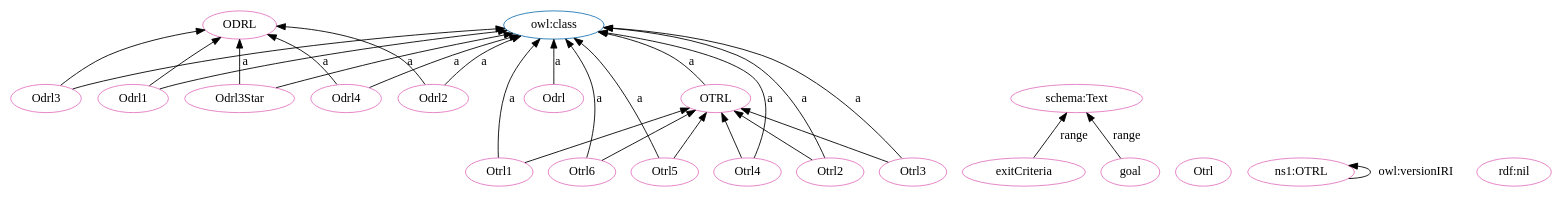
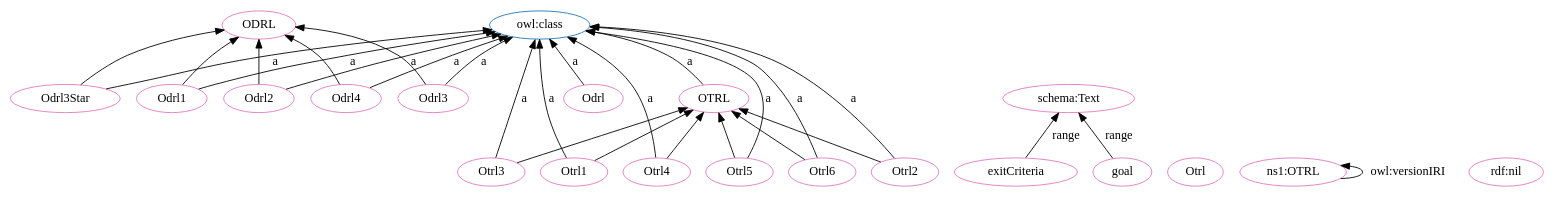
Before and after one commit to OPEN-NEXT/OKH-LOSH: the diagram in OTRL-clean.dot, drawn with Graphviz. The commit also changed other lines of this file and 16 other files, not shown here.

```diff
--- a/OTRL-clean.dot
+++ b/OTRL-clean.dot
@@ -1,54 +1,54 @@
 digraph G {
   rankdir=BT
   node[height=.3]
+"http://purl.org/oseg/ontologies/OTRL#OTRL" [fillcolor="#1f77b4" color="#1f77b4" label="OTRL"]
 "http://purl.org/oseg/ontologies/OTRL#ODRL" [fillcolor="#1f77b4" color="#1f77b4" label="ODRL"]
 "http://www.w3.org/2002/07/owl#class" [fillcolor="#1f77b4" color="#1f77b4" label="owl:class"]
-"http://purl.org/oseg/ontologies/OTRL#OTRL" [fillcolor="#1f77b4" color="#1f77b4" label="OTRL"]
+"http://purl.org/oseg/ontologies/OTRL#ODRL" [fillcolor="#e377c2" color="#e377c2" label="ODRL"]
 "http://purl.org/oseg/ontologies/OTRL#Odrl" [fillcolor="#e377c2" color="#e377c2" label="Odrl"]
-"http://purl.org/oseg/ontologies/OTRL#ODRL" [fillcolor="#e377c2" color="#e377c2" label="ODRL"]
-"http://purl.org/oseg/ontologies/OTRL#Odrl3" [fillcolor="#e377c2" color="#e377c2" label="Odrl3"]
+"http://purl.org/oseg/ontologies/OTRL#OTRL" [fillcolor="#e377c2" color="#e377c2" label="OTRL"]
+"http://purl.org/oseg/ontologies/OTRL#Otrl3" [fillcolor="#e377c2" color="#e377c2" label="Otrl3"]
 "http://purl.org/oseg/ontologies/OTRL#exitCriteria" [fillcolor="#e377c2" color="#e377c2" label="exitCriteria"]
+"http://purl.org/oseg/ontologies/OTRL#Otrl" [fillcolor="#e377c2" color="#e377c2" label="Otrl"]
+"http://purl.org/oseg/ontologies/OTRL" [fillcolor="#e377c2" color="#e377c2" label="ns1:OTRL"]
+"http://purl.org/oseg/ontologies/OTRL#Odrl1" [fillcolor="#e377c2" color="#e377c2" label="Odrl1"]
 "http://schema.org/Text" [fillcolor="#e377c2" color="#e377c2" label="schema:Text"]
-"http://purl.org/oseg/ontologies/OTRL#Odrl1" [fillcolor="#e377c2" color="#e377c2" label="Odrl1"]
-"http://purl.org/oseg/ontologies/OTRL#OTRL" [fillcolor="#e377c2" color="#e377c2" label="OTRL"]
+"http://purl.org/oseg/ontologies/OTRL#Odrl2" [fillcolor="#e377c2" color="#e377c2" label="Odrl2"]
 "http://purl.org/oseg/ontologies/OTRL#Otrl1" [fillcolor="#e377c2" color="#e377c2" label="Otrl1"]
-"http://purl.org/oseg/ontologies/OTRL#Otrl" [fillcolor="#e377c2" color="#e377c2" label="Otrl"]
 "http://purl.org/oseg/ontologies/OTRL#Otrl6" [fillcolor="#e377c2" color="#e377c2" label="Otrl6"]
-"http://purl.org/oseg/ontologies/OTRL" [fillcolor="#e377c2" color="#e377c2" label="ns1:OTRL"]
 "http://purl.org/oseg/ontologies/OTRL#Otrl5" [fillcolor="#e377c2" color="#e377c2" label="Otrl5"]
-"http://purl.org/oseg/ontologies/OTRL#Otrl4" [fillcolor="#e377c2" color="#e377c2" label="Otrl4"]
 "http://purl.org/oseg/ontologies/OTRL#Otrl2" [fillcolor="#e377c2" color="#e377c2" label="Otrl2"]
-"http://purl.org/oseg/ontologies/OTRL#Otrl3" [fillcolor="#e377c2" color="#e377c2" label="Otrl3"]
-"http://purl.org/oseg/ontologies/OTRL#Odrl3Star" [fillcolor="#e377c2" color="#e377c2" label="Odrl3Star"]
-"http://purl.org/oseg/ontologies/OTRL#Odrl4" [fillcolor="#e377c2" color="#e377c2" label="Odrl4"]
 "http://purl.org/oseg/ontologies/OTRL#goal" [fillcolor="#e377c2" color="#e377c2" label="goal"]
 "http://www.w3.org/1999/02/22-rdf-syntax-ns#nil" [fillcolor="#e377c2" color="#e377c2" label="rdf:nil"]
-"http://purl.org/oseg/ontologies/OTRL#Odrl2" [fillcolor="#e377c2" color="#e377c2" label="Odrl2"]
+"http://purl.org/oseg/ontologies/OTRL#Odrl4" [fillcolor="#e377c2" color="#e377c2" label="Odrl4"]
+"http://purl.org/oseg/ontologies/OTRL#Otrl4" [fillcolor="#e377c2" color="#e377c2" label="Otrl4"]
+"http://purl.org/oseg/ontologies/OTRL#Odrl3Star" [fillcolor="#e377c2" color="#e377c2" label="Odrl3Star"]
+"http://purl.org/oseg/ontologies/OTRL#Odrl3" [fillcolor="#e377c2" color="#e377c2" label="Odrl3"]
+  "http://purl.org/oseg/ontologies/OTRL#Otrl3" -> "http://www.w3.org/2002/07/owl#class" [label="a"]
+  "http://purl.org/oseg/ontologies/OTRL#Otrl5" -> "http://purl.org/oseg/ontologies/OTRL#OTRL" [label=""]
+  "http://purl.org/oseg/ontologies/OTRL#goal" -> "http://schema.org/Text" [label="range"]
+  "http://purl.org/oseg/ontologies/OTRL#Odrl2" -> "http://www.w3.org/2002/07/owl#class" [label="a"]
+  "http://purl.org/oseg/ontologies/OTRL#Otrl1" -> "http://www.w3.org/2002/07/owl#class" [label="a"]
+  "http://purl.org/oseg/ontologies/OTRL#Odrl" -> "http://www.w3.org/2002/07/owl#class" [label="a"]
+  "http://purl.org/oseg/ontologies/OTRL#Otrl4" -> "http://purl.org/oseg/ontologies/OTRL#OTRL" [label=""]
+  "http://purl.org/oseg/ontologies/OTRL#Otrl6" -> "http://purl.org/oseg/ontologies/OTRL#OTRL" [label=""]
+  "http://purl.org/oseg/ontologies/OTRL#Otrl2" -> "http://purl.org/oseg/ontologies/OTRL#OTRL" [label=""]
+  "http://purl.org/oseg/ontologies/OTRL#Odrl3" -> "http://www.w3.org/2002/07/owl#class" [label="a"]
+  "http://purl.org/oseg/ontologies/OTRL#Odrl4" -> "http://purl.org/oseg/ontologies/OTRL#ODRL" [label=""]
+  "http://purl.org/oseg/ontologies/OTRL#OTRL" -> "http://www.w3.org/2002/07/owl#class" [label="a"]
   "http://purl.org/oseg/ontologies/OTRL#Odrl3" -> "http://purl.org/oseg/ontologies/OTRL#ODRL" [label=""]
-  "http://purl.org/oseg/ontologies/OTRL#Odrl3" -> "http://www.w3.org/2002/07/owl#class" [label="a"]
   "http://purl.org/oseg/ontologies/OTRL#Odrl1" -> "http://www.w3.org/2002/07/owl#class" [label="a"]
-  "http://purl.org/oseg/ontologies/OTRL#Otrl1" -> "http://www.w3.org/2002/07/owl#class" [label="a"]
-  "http://purl.org/oseg/ontologies/OTRL#Odrl1" -> "http://purl.org/oseg/ontologies/OTRL#ODRL" [label=""]
-  "http://purl.org/oseg/ontologies/OTRL#Otrl2" -> "http://purl.org/oseg/ontologies/OTRL#OTRL" [label=""]
+  "http://purl.org/oseg/ontologies/OTRL#Otrl6" -> "http://www.w3.org/2002/07/owl#class" [label="a"]
   "http://purl.org/oseg/ontologies/OTRL#Otrl5" -> "http://www.w3.org/2002/07/owl#class" [label="a"]
   "http://purl.org/oseg/ontologies/OTRL#Otrl2" -> "http://www.w3.org/2002/07/owl#class" [label="a"]
+  "http://purl.org/oseg/ontologies/OTRL#Otrl3" -> "http://purl.org/oseg/ontologies/OTRL#OTRL" [label=""]
+  "http://purl.org/oseg/ontologies/OTRL" -> "http://purl.org/oseg/ontologies/OTRL" [label="owl:versionIRI"]
+  "http://purl.org/oseg/ontologies/OTRL#Odrl4" -> "http://www.w3.org/2002/07/owl#class" [label="a"]
+  "http://purl.org/oseg/ontologies/OTRL#Otrl1" -> "http://purl.org/oseg/ontologies/OTRL#OTRL" [label=""]
+  "http://purl.org/oseg/ontologies/OTRL#Odrl1" -> "http://purl.org/oseg/ontologies/OTRL#ODRL" [label=""]
+  "http://purl.org/oseg/ontologies/OTRL#Odrl2" -> "http://purl.org/oseg/ontologies/OTRL#ODRL" [label=""]
+  "http://purl.org/oseg/ontologies/OTRL#Odrl3Star" -> "http://purl.org/oseg/ontologies/OTRL#ODRL" [label=""]
+  "http://purl.org/oseg/ontologies/OTRL#Otrl4" -> "http://www.w3.org/2002/07/owl#class" [label="a"]
+  "http://purl.org/oseg/ontologies/OTRL#Odrl3Star" -> "http://www.w3.org/2002/07/owl#class" [label="a"]
   "http://purl.org/oseg/ontologies/OTRL#exitCriteria" -> "http://schema.org/Text" [label="range"]
-  "http://purl.org/oseg/ontologies/OTRL#Odrl4" -> "http://purl.org/oseg/ontologies/OTRL#ODRL" [label=""]
-  "http://purl.org/oseg/ontologies/OTRL#Odrl3Star" -> "http://www.w3.org/2002/07/owl#class" [label="a"]
-  "http://purl.org/oseg/ontologies/OTRL#Odrl4" -> "http://www.w3.org/2002/07/owl#class" [label="a"]
-  "http://purl.org/oseg/ontologies/OTRL#Otrl5" -> "http://purl.org/oseg/ontologies/OTRL#OTRL" [label=""]
-  "http://purl.org/oseg/ontologies/OTRL#Odrl" -> "http://www.w3.org/2002/07/owl#class" [label="a"]
-  "http://purl.org/oseg/ontologies/OTRL" -> "http://purl.org/oseg/ontologies/OTRL" [label="owl:versionIRI"]
-  "http://purl.org/oseg/ontologies/OTRL#Odrl3Star" -> "http://purl.org/oseg/ontologies/OTRL#ODRL" [label=""]
-  "http://purl.org/oseg/ontologies/OTRL#goal" -> "http://schema.org/Text" [label="range"]
-  "http://purl.org/oseg/ontologies/OTRL#Otrl1" -> "http://purl.org/oseg/ontologies/OTRL#OTRL" [label=""]
-  "http://purl.org/oseg/ontologies/OTRL#Otrl6" -> "http://purl.org/oseg/ontologies/OTRL#OTRL" [label=""]
-  "http://purl.org/oseg/ontologies/OTRL#OTRL" -> "http://www.w3.org/2002/07/owl#class" [label="a"]
-  "http://purl.org/oseg/ontologies/OTRL#Otrl6" -> "http://www.w3.org/2002/07/owl#class" [label="a"]
-  "http://purl.org/oseg/ontologies/OTRL#Otrl4" -> "http://www.w3.org/2002/07/owl#class" [label="a"]
-  "http://purl.org/oseg/ontologies/OTRL#Otrl3" -> "http://www.w3.org/2002/07/owl#class" [label="a"]
-  "http://purl.org/oseg/ontologies/OTRL#Otrl4" -> "http://purl.org/oseg/ontologies/OTRL#OTRL" [label=""]
-  "http://purl.org/oseg/ontologies/OTRL#Otrl3" -> "http://purl.org/oseg/ontologies/OTRL#OTRL" [label=""]
-  "http://purl.org/oseg/ontologies/OTRL#Odrl2" -> "http://purl.org/oseg/ontologies/OTRL#ODRL" [label=""]
-  "http://purl.org/oseg/ontologies/OTRL#Odrl2" -> "http://www.w3.org/2002/07/owl#class" [label="a"]
 }
```
